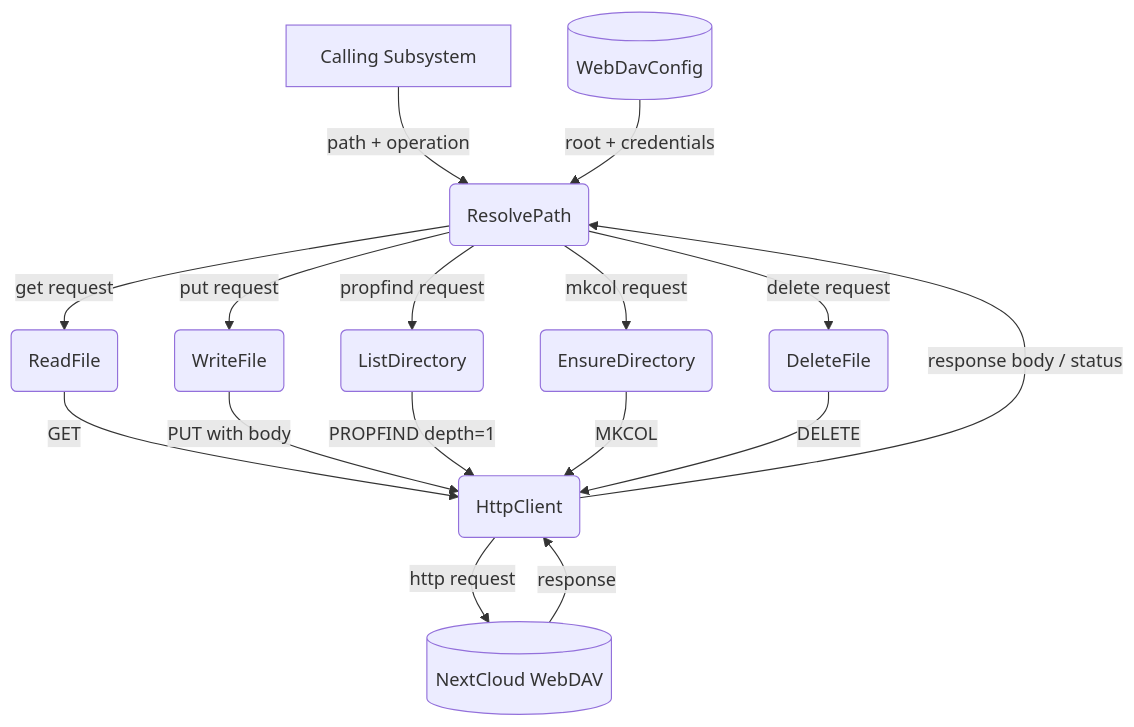
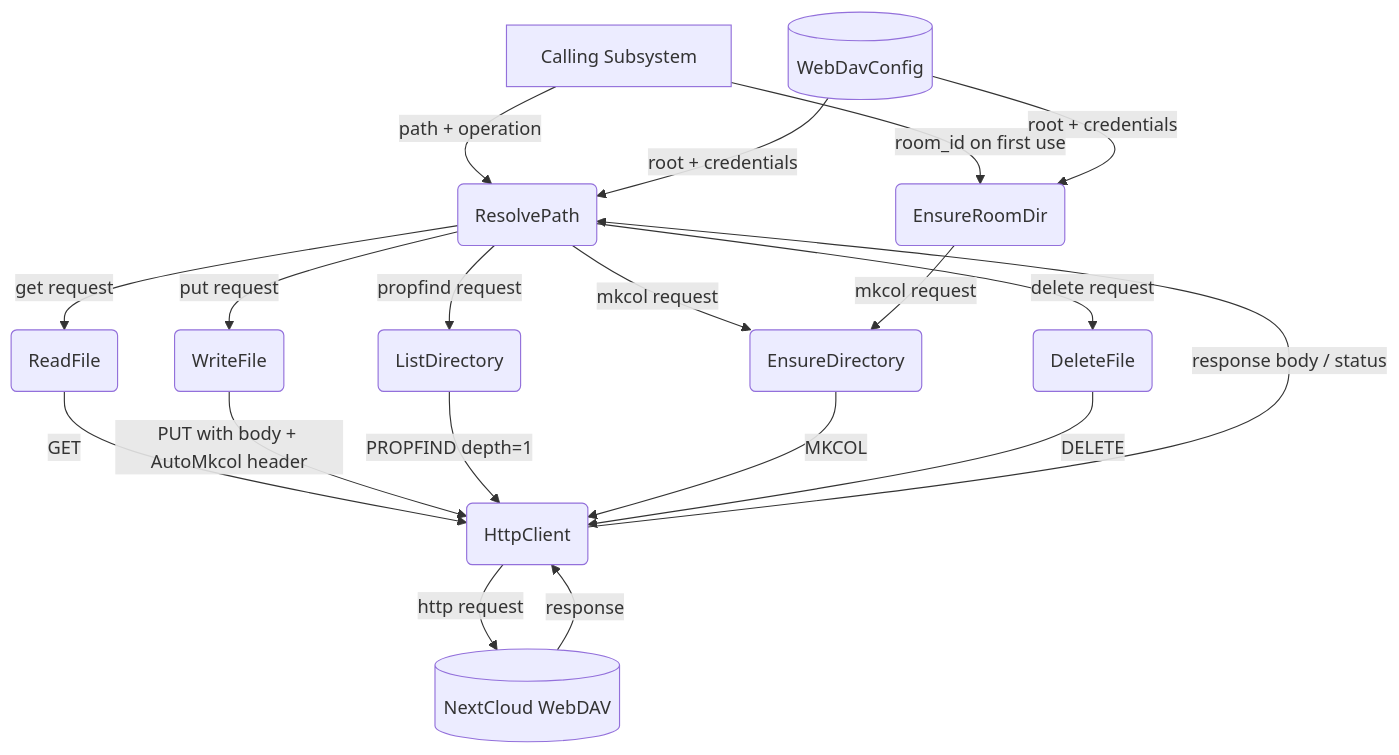
The first of 4 diagrams in _dfds/tools/webdav.md (cosmoswafer/rockbot), drawn with Mermaid before and after one commit. The commit also changed other lines of this file and 5 other files, not shown here.

First line of the commit message:
feat(webdav): add write-with-fallback and ensure_room_directory

````diff
--- a/_dfds/tools/webdav.md
+++ b/_dfds/tools/webdav.md
@@ -28,29 +29,33 @@
 ```mermaid
 flowchart TD
     CALLER[Calling Subsystem]
     CFG[(WebDavConfig)]
     RESOLVE(ResolvePath)
     READ(ReadFile)
     WRITE(WriteFile)
     LIST(ListDirectory)
     MKDIR(EnsureDirectory)
     DELETE(DeleteFile)
+    ENSURE_ROOM(EnsureRoomDir)
     HTTP(HttpClient)
     NC[(NextCloud WebDAV)]
 
     CALLER -->|"path + operation"| RESOLVE
+    CALLER -->|"room_id on first use"| ENSURE_ROOM
     CFG -->|"root + credentials"| RESOLVE
+    CFG -->|"root + credentials"| ENSURE_ROOM
     RESOLVE -->|"get request"| READ
     RESOLVE -->|"put request"| WRITE
     RESOLVE -->|"propfind request"| LIST
     RESOLVE -->|"mkcol request"| MKDIR
     RESOLVE -->|"delete request"| DELETE
+    ENSURE_ROOM -->|"mkcol request"| MKDIR
     READ -->|"GET"| HTTP
-    WRITE -->|"PUT with body"| HTTP
+    WRITE -->|"PUT with body + AutoMkcol header"| HTTP
     LIST -->|"PROPFIND depth=1"| HTTP
     MKDIR -->|"MKCOL"| HTTP
     DELETE -->|"DELETE"| HTTP
     HTTP -->|"http request"| NC
     NC -->|"response"| HTTP
     HTTP -->|"response body / status"| RESOLVE
 ```
````
